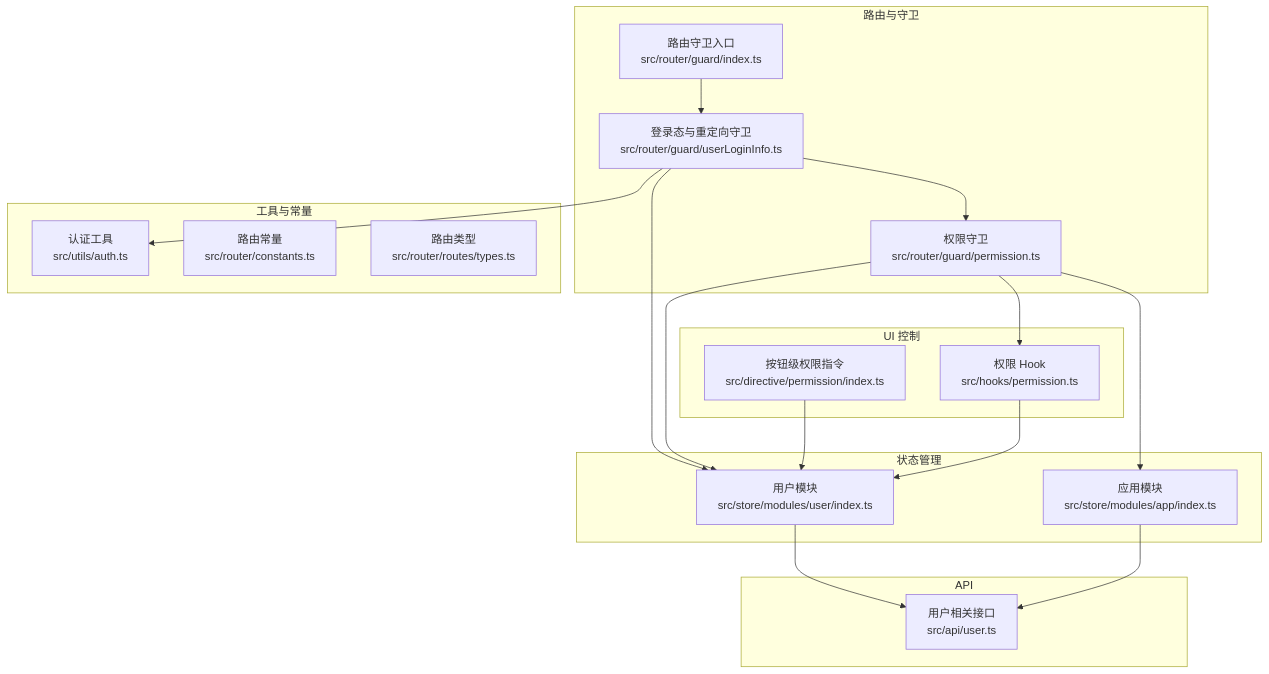
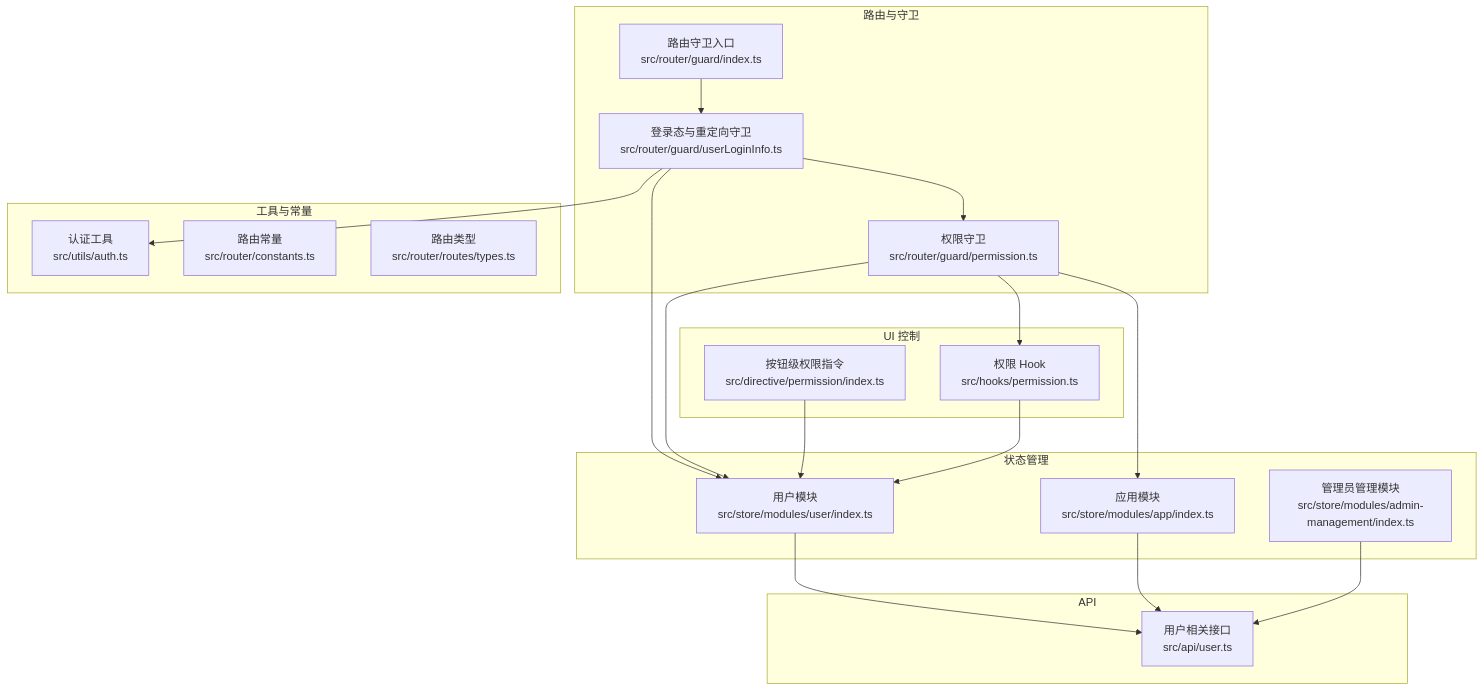
Before and after one commit to wuwuseo/e-sports-go-admin-web: the first of 10 diagrams in .qoder/repowiki/zh/content/认证与权限/认证与权限.md, drawn with Mermaid. The commit also changed other lines of this file and 7 other files, not shown here.

````diff
--- a/.qoder/repowiki/zh/content/认证与权限/认证与权限.md
+++ b/.qoder/repowiki/zh/content/认证与权限/认证与权限.md
@@ -40,34 +41,36 @@
 ```mermaid
 graph TB
 subgraph "路由与守卫"
 G1["路由守卫入口<br/>src/router/guard/index.ts"]
 G2["登录态与重定向守卫<br/>src/router/guard/userLoginInfo.ts"]
 G3["权限守卫<br/>src/router/guard/permission.ts"]
 end
 subgraph "状态管理"
 S1["用户模块<br/>src/store/modules/user/index.ts"]
 S2["应用模块<br/>src/store/modules/app/index.ts"]
+S3["管理员管理模块<br/>src/store/modules/admin-management/index.ts"]
 end
 subgraph "工具与常量"
 U1["认证工具<br/>src/utils/auth.ts"]
 C1["路由常量<br/>src/router/constants.ts"]
 T1["路由类型<br/>src/router/routes/types.ts"]
 end
 subgraph "UI 控制"
 D1["按钮级权限指令<br/>src/directive/permission/index.ts"]
 H1["权限 Hook<br/>src/hooks/permission.ts"]
 end
 subgraph "API"
 A1["用户相关接口<br/>src/api/user.ts"]
 end
 G1 --> G2 --> G3
 G2 --> S1
 G3 --> S1
 G3 --> S2
 G2 --> U1
 G3 --> H1
 S1 --> A1
 S2 --> A1
+S3 --> A1
 D1 --> S1
 H1 --> S1
 ```
````
